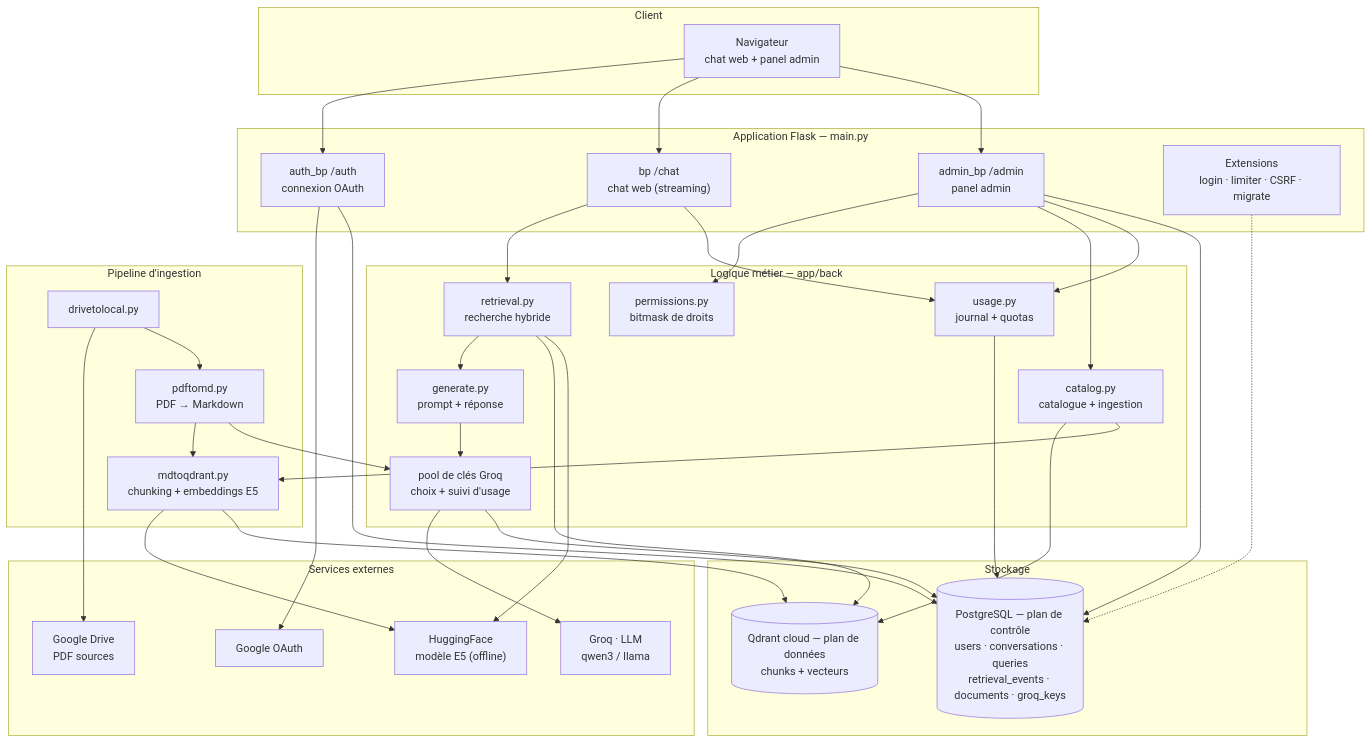
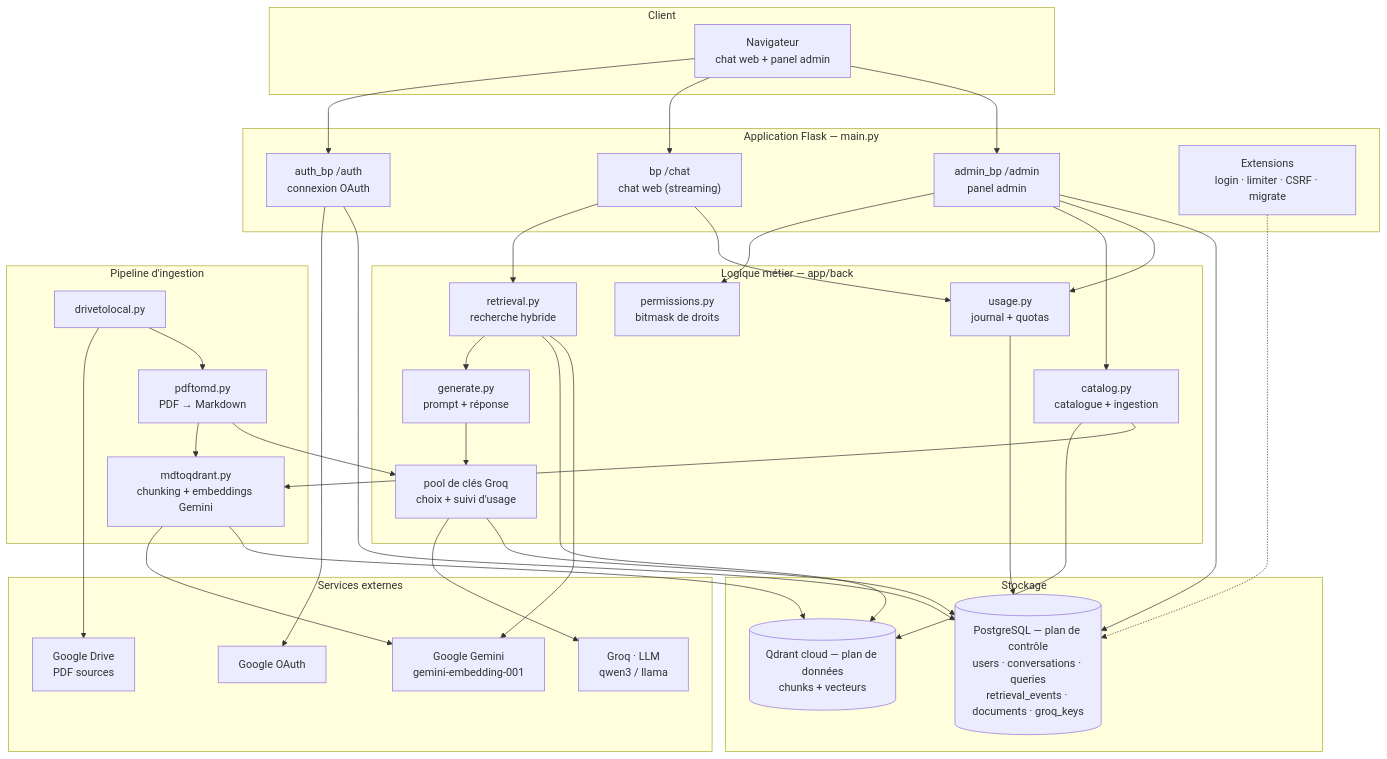
The first of 4 diagrams in docs/architecture.md (KioshiEagle/tngpt), drawn with Mermaid before and after one commit. The commit also changed other lines of this file and 7 other files, not shown here.

````diff
--- a/docs/architecture.md
+++ b/docs/architecture.md
@@ -17,64 +17,64 @@
 ```mermaid
 flowchart TB
     subgraph client["Client"]
         Browser["Navigateur<br/>chat web + panel admin"]
     end
 
     subgraph flask["Application Flask — main.py"]
         AuthBP["auth_bp /auth<br/>connexion OAuth"]
         ChatBP["bp /chat<br/>chat web (streaming)"]
         AdminBP["admin_bp /admin<br/>panel admin"]
         Ext["Extensions<br/>login · limiter · CSRF · migrate"]
     end
 
     subgraph logic["Logique métier — app/back"]
         Perms["permissions.py<br/>bitmask de droits"]
         Retrieval["retrieval.py<br/>recherche hybride"]
         Generate["generate.py<br/>prompt + réponse"]
         Usage["usage.py<br/>journal + quotas"]
         Catalog["catalog.py<br/>catalogue + ingestion"]
         GroqPool["pool de clés Groq<br/>choix + suivi d'usage"]
     end
 
     subgraph pipeline["Pipeline d'ingestion"]
         Drive["drivetolocal.py"]
         Pdf["pdftomd.py<br/>PDF → Markdown"]
-        Vector["mdtoqdrant.py<br/>chunking + embeddings E5"]
+        Vector["mdtoqdrant.py<br/>chunking + embeddings Gemini"]
     end
 
     subgraph stores["Stockage"]
         PG[("PostgreSQL — plan de contrôle<br/>users · conversations · queries<br/>retrieval_events · documents · groq_keys")]
         QD[("Qdrant cloud — plan de données<br/>chunks + vecteurs")]
     end
 
     subgraph external["Services externes"]
         Groq["Groq · LLM<br/>qwen3 / llama"]
         OAuth["Google OAuth"]
         GDrive["Google Drive<br/>PDF sources"]
-        HF["HuggingFace<br/>modèle E5 (offline)"]
+        Gemini["Google Gemini<br/>gemini-embedding-001"]
     end
 
     Browser --> AuthBP & ChatBP & AdminBP
     AuthBP --> OAuth
     AuthBP --> PG
 
     ChatBP --> Retrieval --> Generate
     Retrieval --> QD
-    Retrieval --> HF
+    Retrieval --> Gemini
     ChatBP --> Usage --> PG
     Generate --> GroqPool --> Groq
     GroqPool --> PG
 
     AdminBP --> Perms & Catalog & Usage
     AdminBP --> PG
     Catalog --> QD
     Catalog --> Vector
 
     Drive --> GDrive
     Drive --> Pdf --> Vector
     Pdf --> GroqPool
-    Vector --> HF
+    Vector --> Gemini
     Vector --> QD
 
     Ext -.-> PG
 ```
````
